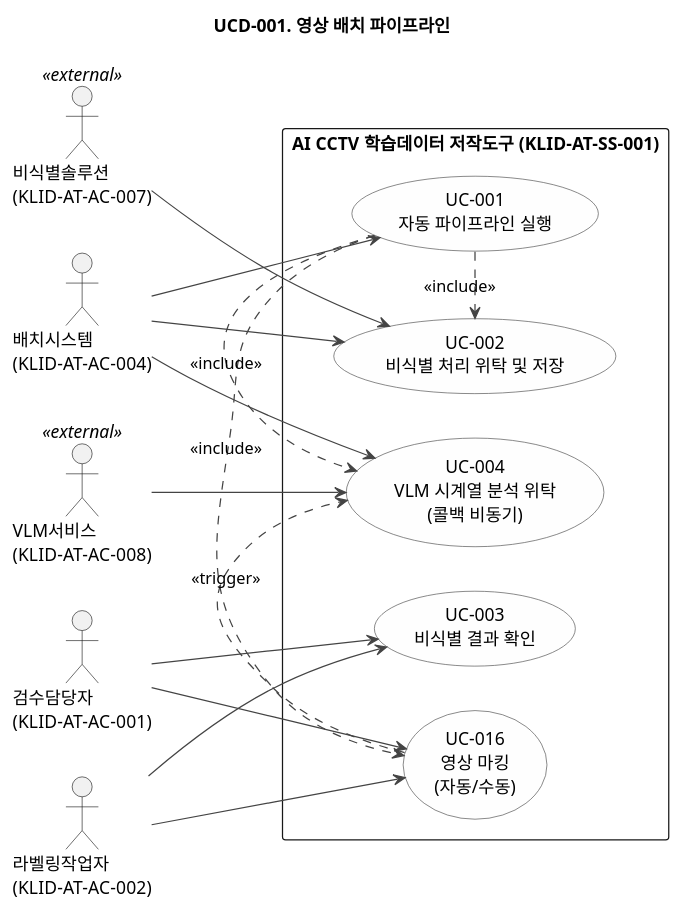
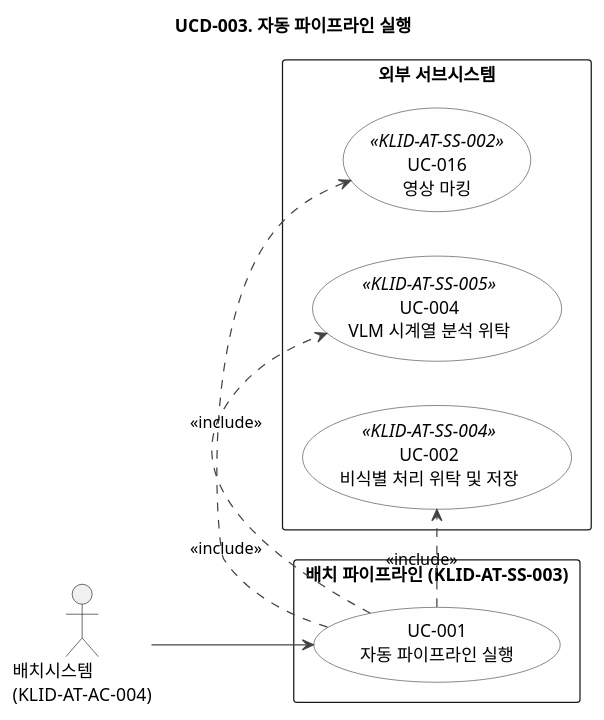
Before and after one commit to New-stella/klid-label: the third of 10 diagrams in docs/design/R2-유스케이스명세서.md, drawn with PlantUML. The commit also changed other lines of this file, not shown here.

First line of the commit message:
docs(R2): 서브시스템 1개→10개 분리 + UCD 시나리오 중심 재구성

````diff
--- a/docs/design/R2-유스케이스명세서.md
+++ b/docs/design/R2-유스케이스명세서.md
@@ -34,44 +113,33 @@
 ```plantuml
-@startuml KLID-AT-UCD-001
-title UCD-001. 영상 배치 파이프라인
+@startuml KLID-AT-UCD-003
+title UCD-003. 자동 파이프라인 실행
 skinparam defaultFontName "Malgun Gothic"
 skinparam usecase {
   BackgroundColor #FEFEFE
   BorderColor #444444
   ArrowColor #444444
   ActorBackgroundColor #DDEEFF
   ActorBorderColor #336699
 }
 
 left to right direction
 
 actor "배치시스템\n(KLID-AT-AC-004)" as Batch
-actor "비식별솔루션\n(KLID-AT-AC-007)" as Deid <<external>>
-actor "VLM서비스\n(KLID-AT-AC-008)" as VLM <<external>>
-actor "검수담당자\n(KLID-AT-AC-001)" as Reviewer
-actor "라벨링작업자\n(KLID-AT-AC-002)" as Labeler
 
-rectangle "AI CCTV 학습데이터 저작도구 (KLID-AT-SS-001)" {
-  usecase "UC-016\n영상 마킹\n(자동/수동)" as UC016
+rectangle "배치 파이프라인 (KLID-AT-SS-003)" {
   usecase "UC-001\n자동 파이프라인 실행" as UC001
-  usecase "UC-002\n비식별 처리 위탁 및 저장" as UC002
-  usecase "UC-003\n비식별 결과 확인" as UC003
-  usecase "UC-004\nVLM 시계열 분석 위탁\n(콜백 비동기)" as UC004
-
-  UC001 .> UC016 : <<include>>
-  UC001 .> UC004 : <<include>>
-  UC001 .> UC002 : <<include>>
-  UC016 .> UC004 : <<trigger>>
 }
 
+rectangle "외부 서브시스템" {
+  usecase "UC-016\n영상 마킹" as UC016 <<KLID-AT-SS-002>>
+  usecase "UC-004\nVLM 시계열 분석 위탁" as UC004 <<KLID-AT-SS-005>>
+  usecase "UC-002\n비식별 처리 위탁 및 저장" as UC002 <<KLID-AT-SS-004>>
+}
+
+UC001 .> UC016 : <<include>>
+UC001 .> UC004 : <<include>>
+UC001 .> UC002 : <<include>>
+
 Batch --> UC001
-Labeler --> UC016
-Reviewer --> UC016
-Batch --> UC002
-Batch --> UC004
-Deid --> UC002
-VLM --> UC004
-Reviewer --> UC003
-Labeler --> UC003
 @enduml
 ```
````
